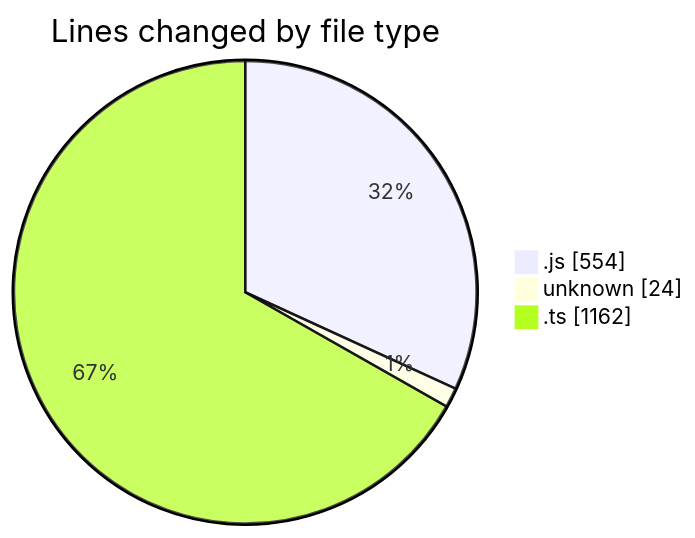
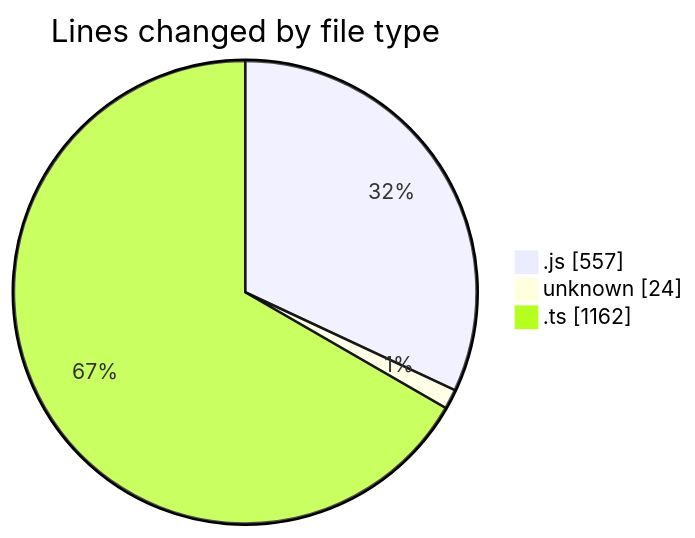
The first of 2 diagrams in 2025-02-05/cda/README.md (momahboobian/code-tracking), drawn with Mermaid before and after one commit. The commit also changed other lines of this file and 1 other file, not shown here.

````diff
--- a/2025-02-05/cda/README.md
+++ b/2025-02-05/cda/README.md
@@ -32,7 +32,7 @@
 ```mermaid
 pie showData
 title Lines changed by file type
-".js" : 554
+".js" : 557
 "unknown" : 24
 ".ts" : 1162
 ```
````
